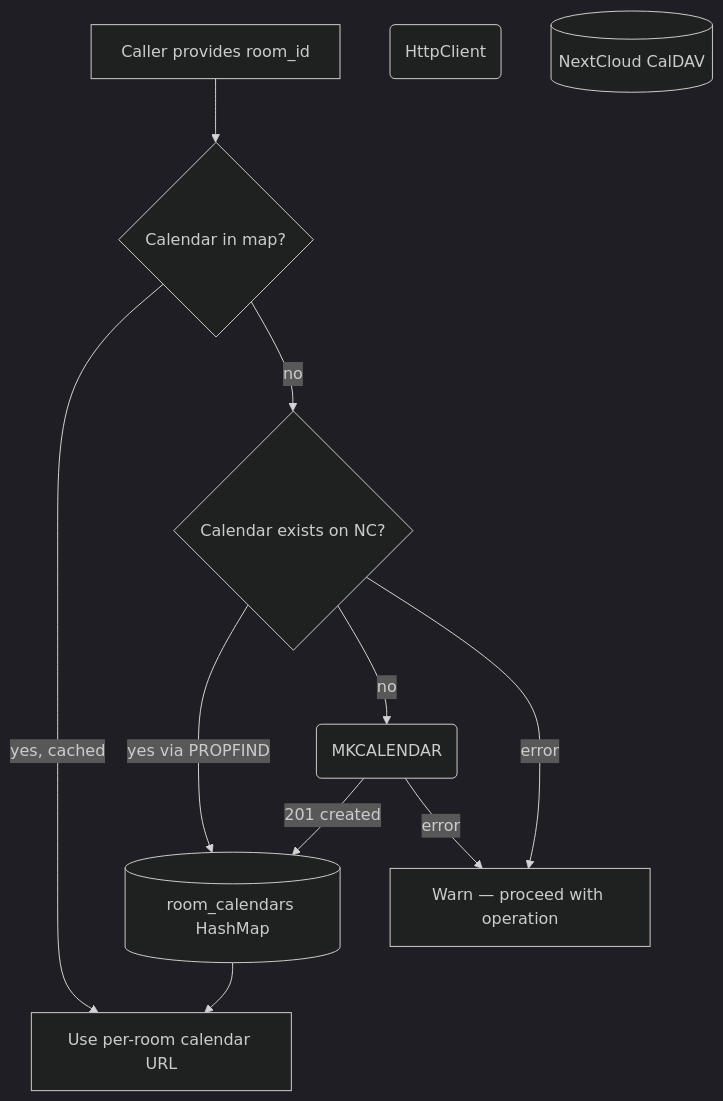
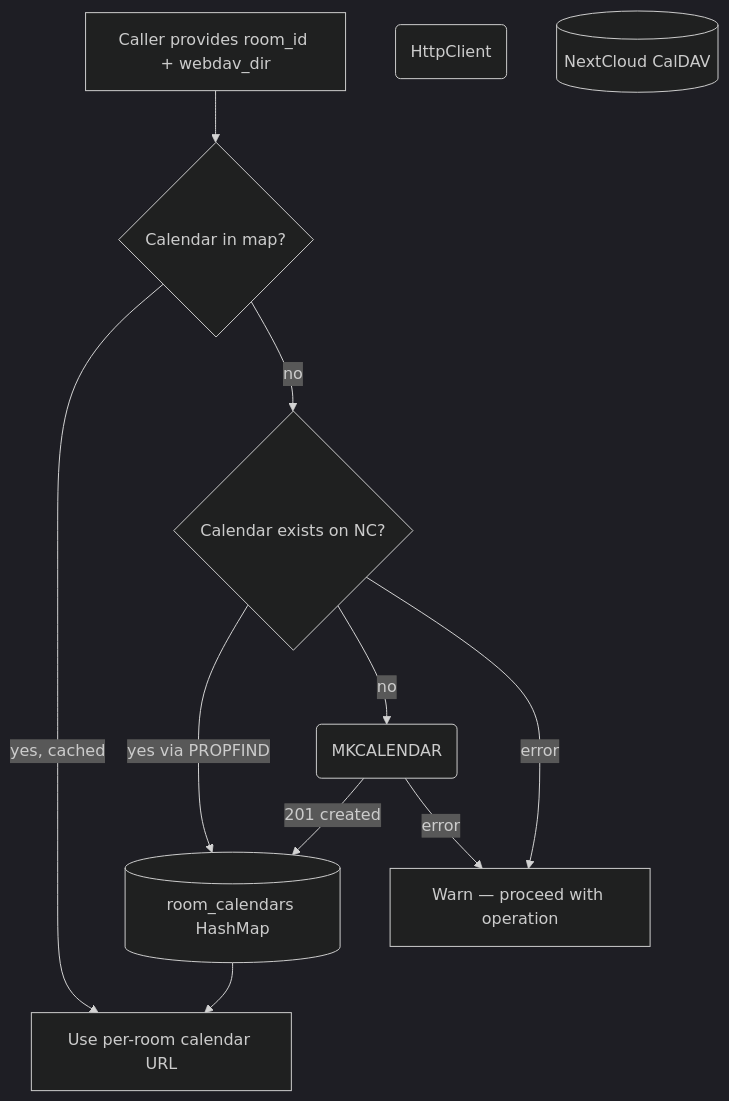
Before and after one commit to cosmoswafer/rockbot: the second of 4 diagrams in _dfds/tools/calendar.md, drawn with Mermaid (dark theme). The commit also changed other lines of this file and 1 other file, not shown here.

First line of the commit message:
DFD + code: align calendar naming with WebDAV directory (webdav_dir)

````diff
--- a/_dfds/tools/calendar.md
+++ b/_dfds/tools/calendar.md
@@ -70,22 +73,22 @@
 ```mermaid
 flowchart TD
-    CALLER[Caller provides room_id]
+    CALLER[Caller provides room_id + webdav_dir]
     MAP[(room_calendars HashMap)]
     HTTP(HttpClient)
     NC[(NextCloud CalDAV)]
     CHECK{Calendar in map?}
     EXISTS{Calendar exists on NC?}
     CREATE(MKCALENDAR)
     CAL_READY[Use per-room calendar URL]
     CAL_ERR[Warn — proceed with operation]
 
     CALLER --> CHECK
     CHECK -->|yes, cached| CAL_READY
     CHECK -->|no| EXISTS
     EXISTS -->|yes via PROPFIND| MAP
     EXISTS -->|no| CREATE
     EXISTS -->|error| CAL_ERR
     CREATE -->|201 created| MAP
     CREATE -->|error| CAL_ERR
     MAP --> CAL_READY
 ```
````
